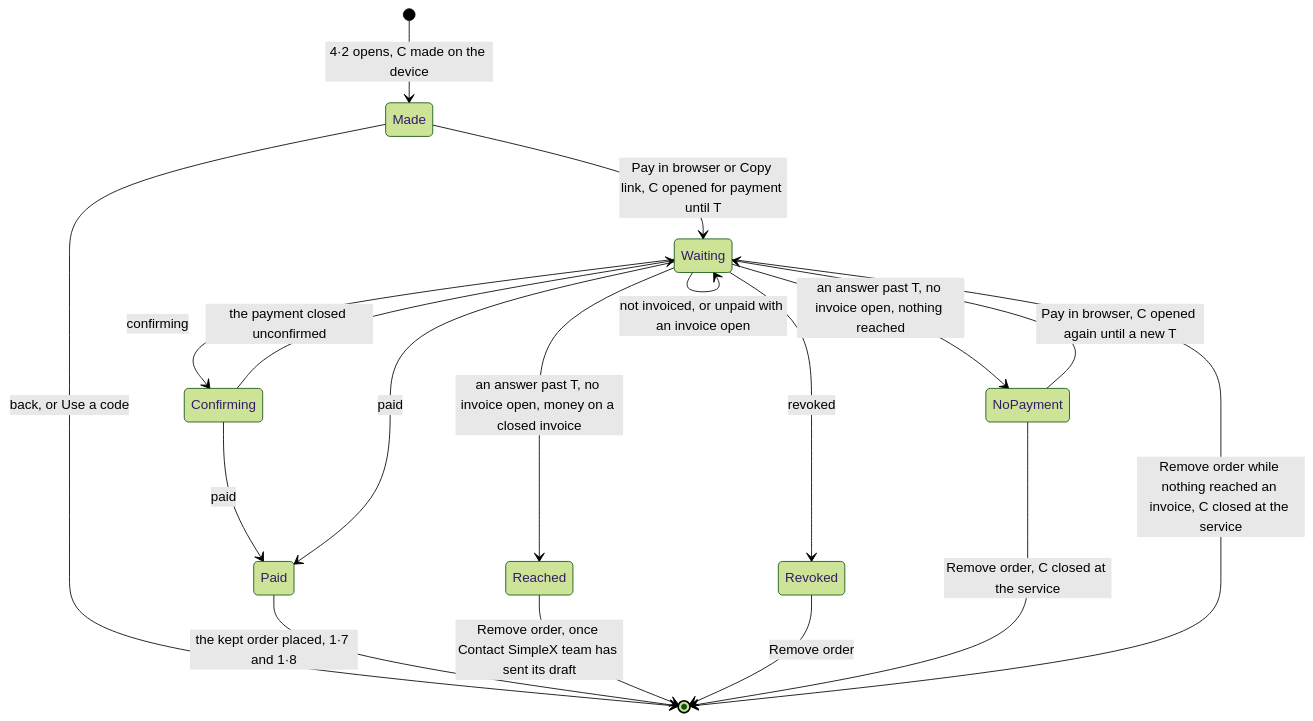
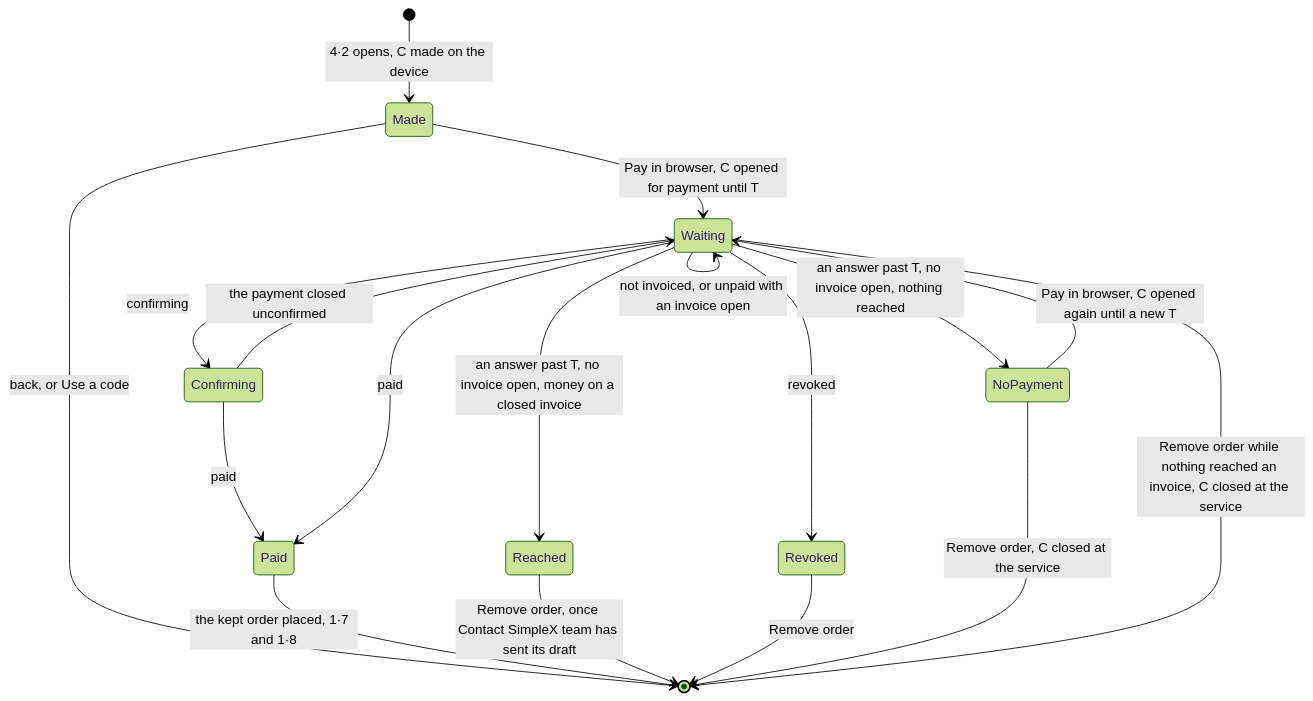
Before and after one commit to simplex-chat/simplex-chat: diagram 11 of 12 in plans/2026-10-30-names-in-app-purchases.md, drawn with Mermaid (forest theme). The commit also changed other lines of this file, not shown here.

````diff
--- a/plans/2026-10-30-names-in-app-purchases.md
+++ b/plans/2026-10-30-names-in-app-purchases.md
@@ -1141,20 +1149,20 @@
 ```mermaid
 stateDiagram-v2
   [*] --> Made: 4·2 opens, C made on the device
   Made --> [*]: back, or Use a code
-  Made --> Waiting: Pay in browser or Copy link, C opened for payment until T
+  Made --> Waiting: Pay in browser, C opened for payment until T
   Waiting --> Waiting: not invoiced, or unpaid with an invoice open
   Waiting --> Confirming: confirming
   Confirming --> Paid: paid
   Waiting --> Paid: paid
   Confirming --> Waiting: the payment closed unconfirmed
   Paid --> [*]: the kept order placed, 1·7 and 1·8
   Waiting --> Reached: an answer past T, no invoice open, money on a closed invoice
   Waiting --> NoPayment: an answer past T, no invoice open, nothing reached
   Waiting --> Revoked: revoked
   Reached --> [*]: Remove order, once Contact SimpleX team has sent its draft
   Revoked --> [*]: Remove order
   NoPayment --> Waiting: Pay in browser, C opened again until a new T
   NoPayment --> [*]: Remove order, C closed at the service
   Waiting --> [*]: Remove order while nothing reached an invoice, C closed at the service
 ```
````
